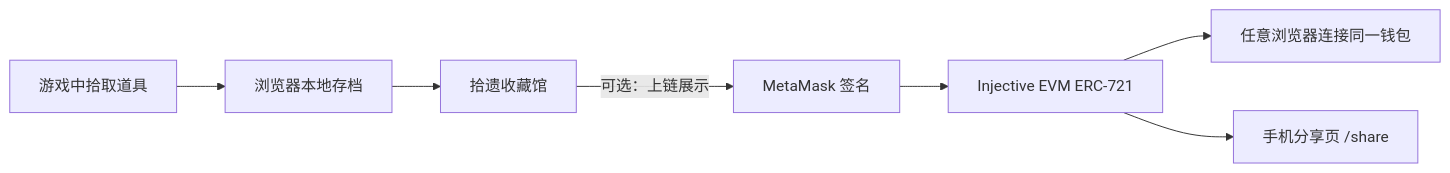
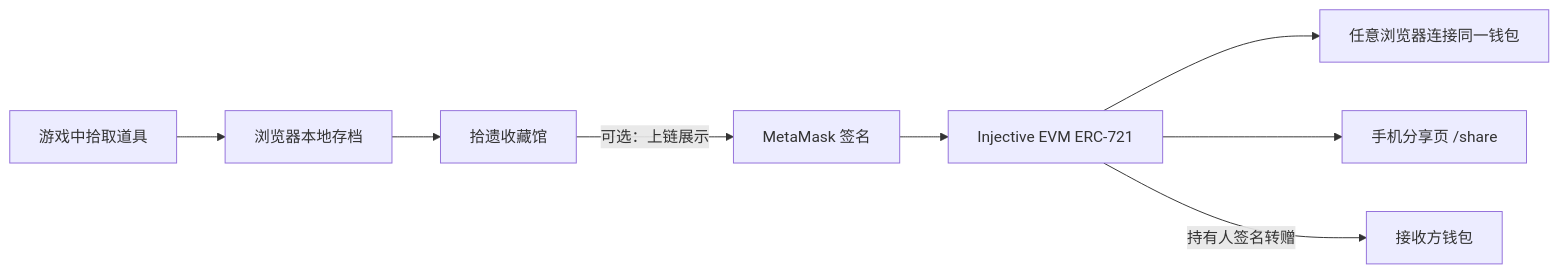
One commit to Zafer-Liu/Gleanings-Injective changed the diagram in zafer.md. Above: the diagram before and after it, drawn with Mermaid. The commit also changed other lines of this file and 7 other files, not shown here.

````diff
--- a/zafer.md
+++ b/zafer.md
@@ -22,9 +22,10 @@
 ```mermaid
 flowchart LR
   A[游戏中拾取道具] --> B[浏览器本地存档]
   B --> C[拾遗收藏馆]
   C -->|可选：上链展示| D[MetaMask 签名]
   D --> E[Injective EVM ERC-721]
   E --> F[任意浏览器连接同一钱包]
   E --> G[手机分享页 /share]
+  E -->|持有人签名转赠| H[接收方钱包]
 ```
````
